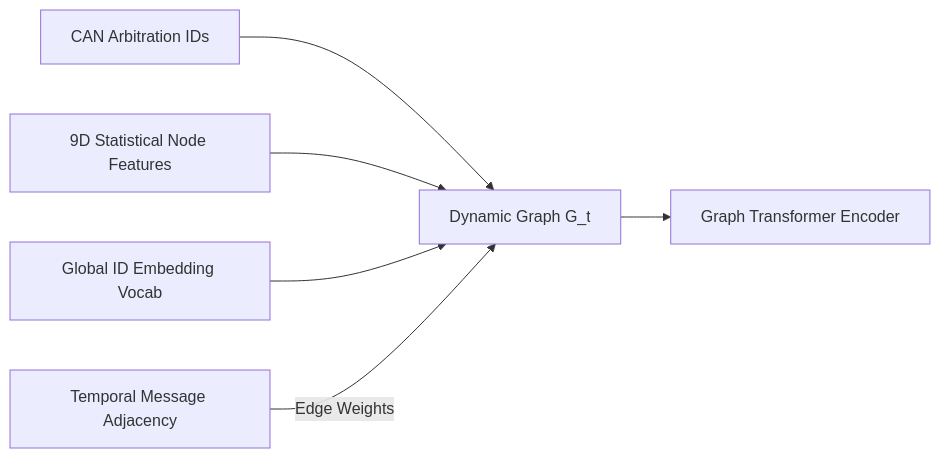
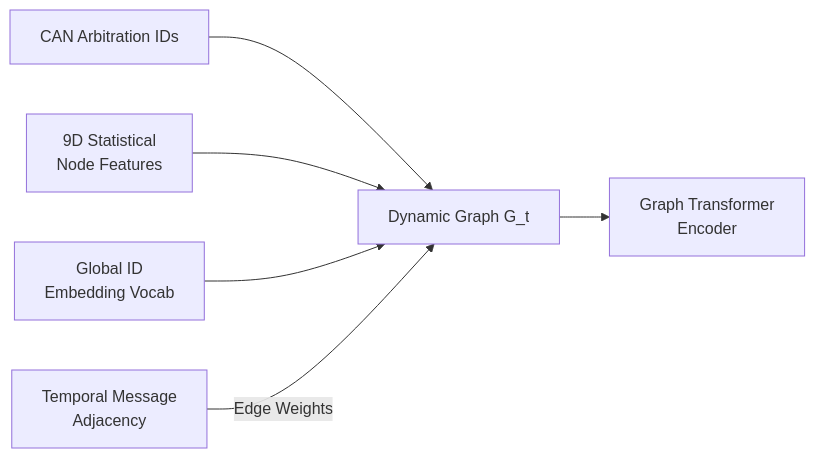
One commit to Etrlnx/Vaahan changed the fourth of 7 diagrams in README.md. Above: the diagram before and after it, drawn with Mermaid. The commit also changed other lines of this file, not shown here.

Commit message:
docs(readme): wrap long mermaid labels and tidy problem statement and section headings

````diff
--- a/README.md
+++ b/README.md
@@ -292,10 +290,10 @@
 ```mermaid
 flowchart LR
 
 A[CAN Arbitration IDs] --> D[Dynamic Graph G_t]
-B[9D Statistical Node Features] --> D
-C[Global ID Embedding Vocab] --> D
-E[Temporal Message Adjacency] -->|Edge Weights| D
+B["9D Statistical<br/>Node Features"] --> D
+C["Global ID<br/>Embedding Vocab"] --> D
+E["Temporal Message<br/>Adjacency"] -->|Edge Weights| D
 
-D --> F[Graph Transformer Encoder]
+D --> F["Graph Transformer<br/>Encoder"]
 ```
````
